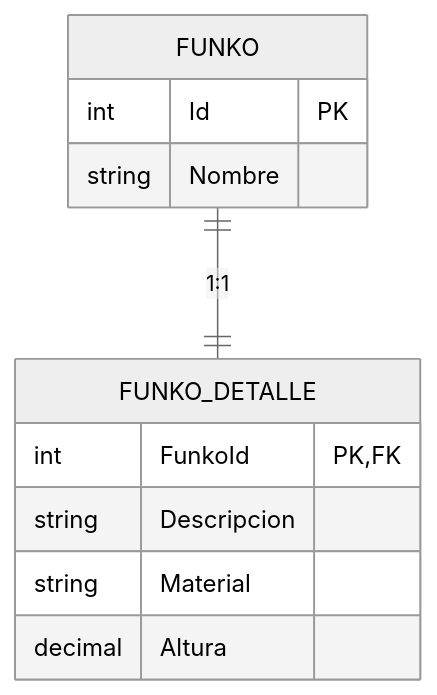
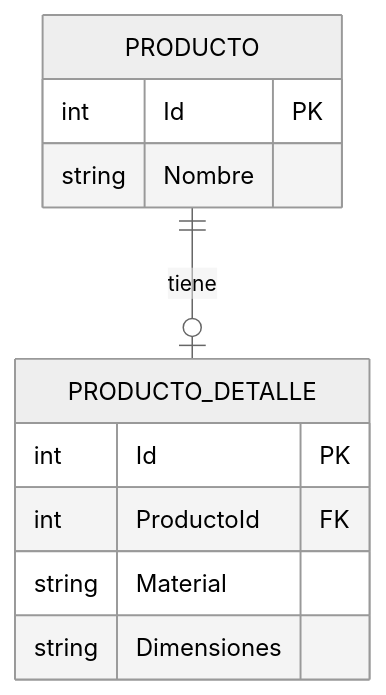
The third of 5 diagrams in 12-entity-framework-core.md (joseluisgs/DesarrolloWebEntornosServidor-02-2026-2027), drawn with Mermaid (neutral theme) before and after one commit. The commit also changed other lines of this file, not shown here.

````diff
--- a/12-entity-framework-core.md
+++ b/12-entity-framework-core.md
@@ -838,14 +721,14 @@
 ```mermaid
 erDiagram
-    FUNKO ||--|| FUNKO_DETALLE : "1:1"
-    FUNKO {
+    PRODUCTO ||--o| PRODUCTO_DETALLE : tiene
+    PRODUCTO {
         int Id PK
         string Nombre
     }
-    FUNKO_DETALLE {
-        int FunkoId PK, FK
-        string Descripcion
+    PRODUCTO_DETALLE {
+        int Id PK
+        int ProductoId FK
         string Material
-        decimal Altura
+        string Dimensiones
     }
 ```
````
